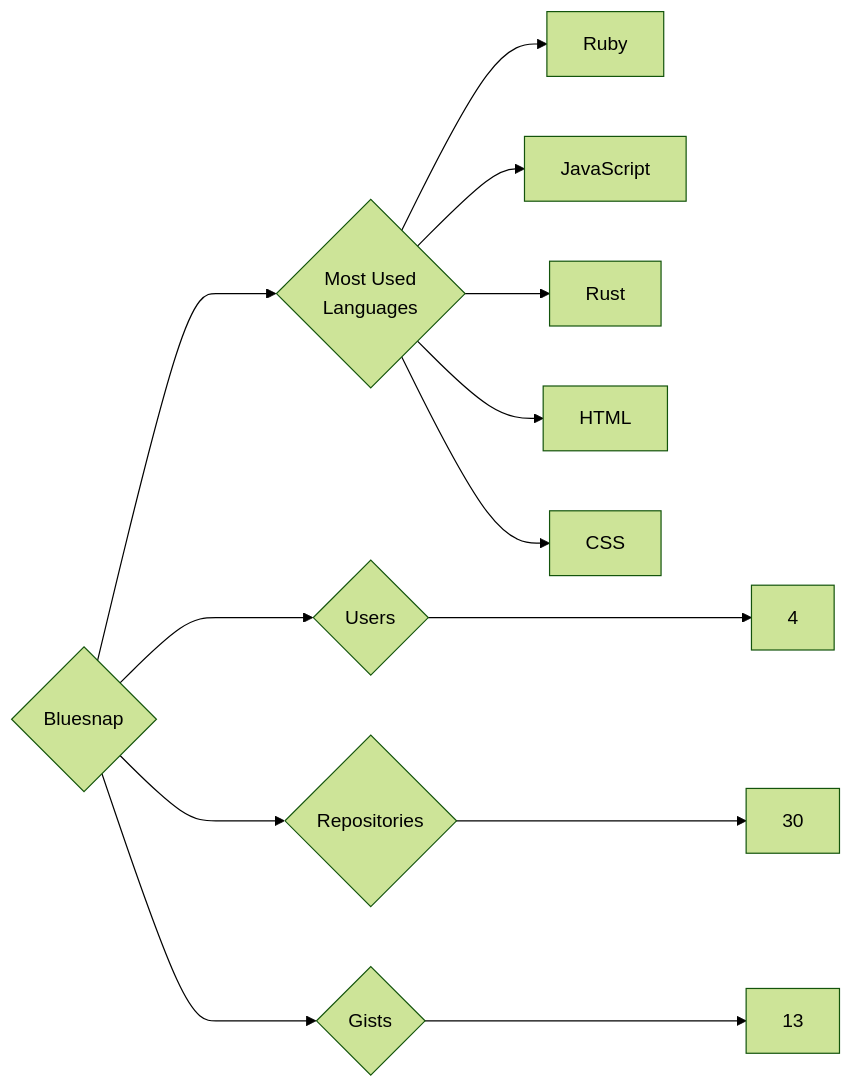
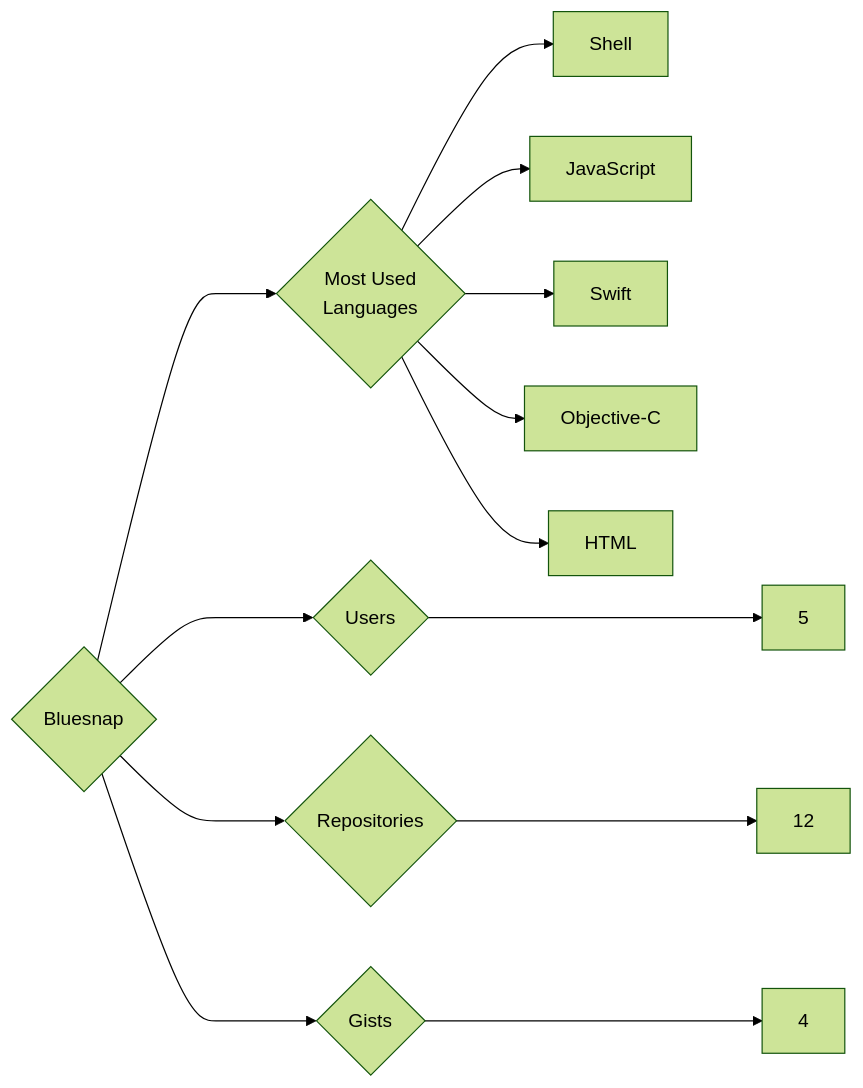
One commit to trickest/insiders changed the diagram in targets/Bluesnap/README.md. Above: the diagram before and after it, drawn with Mermaid (forest theme). The commit also changed 1170 other files, not shown here.

````diff
--- a/targets/Bluesnap/README.md
+++ b/targets/Bluesnap/README.md
@@ -3,13 +3,13 @@
 ```mermaid
 graph LR
 COMPANY_NAME{Bluesnap}
-COMPANY_NAME ---> U{Users} ---> UN[4]
-COMPANY_NAME ---> R{Repositories} ---> RN[30]
-COMPANY_NAME ---> G{Gists} ---> GN[13]
+COMPANY_NAME ---> U{Users} ---> UN[5]
+COMPANY_NAME ---> R{Repositories} ---> RN[12]
+COMPANY_NAME ---> G{Gists} ---> GN[4]
 COMPANY_NAME ---> ML{Most Used<br>Languages}
-ML --> Ruby[Ruby]
+ML --> Shell[Shell]
 ML --> JavaScript[JavaScript]
-ML --> Rust[Rust]
+ML --> Swift[Swift]
+ML --> Objective-C[Objective-C]
 ML --> HTML[HTML]
-ML --> CSS[CSS]
 ```
````
